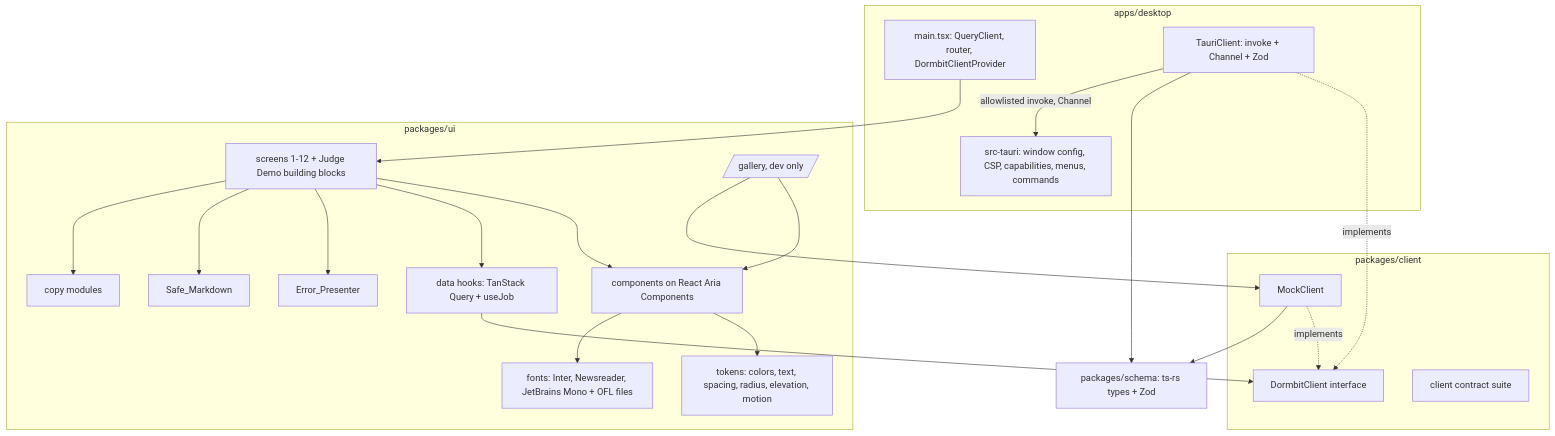
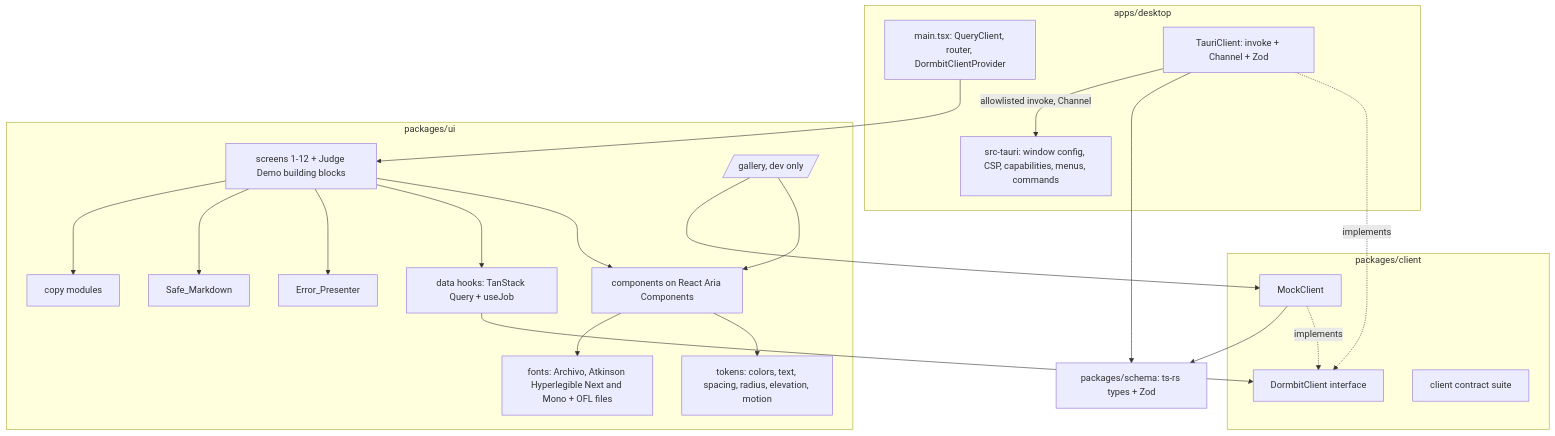
The diagram in .kiro/specs/native-experience/design.md (AmirmLotfy/dormbit), drawn with Mermaid before and after one commit. The commit also changed other lines of this file and 6 other files, not shown here.

````diff
--- a/.kiro/specs/native-experience/design.md
+++ b/.kiro/specs/native-experience/design.md
@@ -15,39 +15,39 @@
 ```mermaid
 flowchart TB
   subgraph Desktop["apps/desktop"]
     MAIN[main.tsx: QueryClient, router, DormbitClientProvider]
     TCL[TauriClient: invoke + Channel + Zod]
     SRC[src-tauri: window config, CSP, capabilities, menus, commands]
   end
   subgraph UI["packages/ui"]
     TOK[tokens: colors, text, spacing, radius, elevation, motion]
-    FONT[fonts: Inter, Newsreader, JetBrains Mono + OFL files]
+    FONT[fonts: Archivo, Atkinson Hyperlegible Next and Mono + OFL files]
     CMP[components on React Aria Components]
     SCR[screens 1-12 + Judge Demo building blocks]
     DATA[data hooks: TanStack Query + useJob]
     ERR[Error_Presenter]
     MD[Safe_Markdown]
     COPY[copy modules]
     GAL[/gallery, dev only/]
   end
   subgraph Client["packages/client"]
     IF[DormbitClient interface]
     MOCK[MockClient]
     CONTRACT[client contract suite]
   end
   SCHEMA[packages/schema: ts-rs types + Zod]
   MAIN --> SCR
   SCR --> CMP --> TOK
   CMP --> FONT
   SCR --> DATA --> IF
   SCR --> ERR
   SCR --> MD
   SCR --> COPY
   TCL -. implements .-> IF
   MOCK -. implements .-> IF
   TCL --> SCHEMA
   MOCK --> SCHEMA
   TCL -->|allowlisted invoke, Channel| SRC
   GAL --> CMP
   GAL --> MOCK
 ```
````
